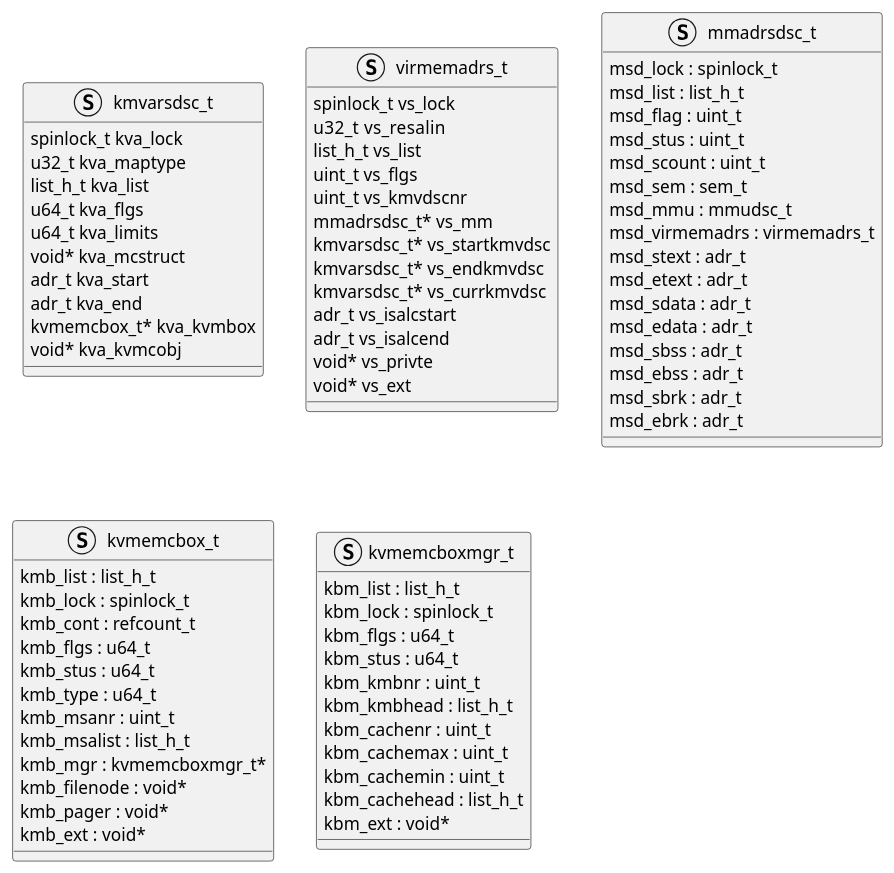
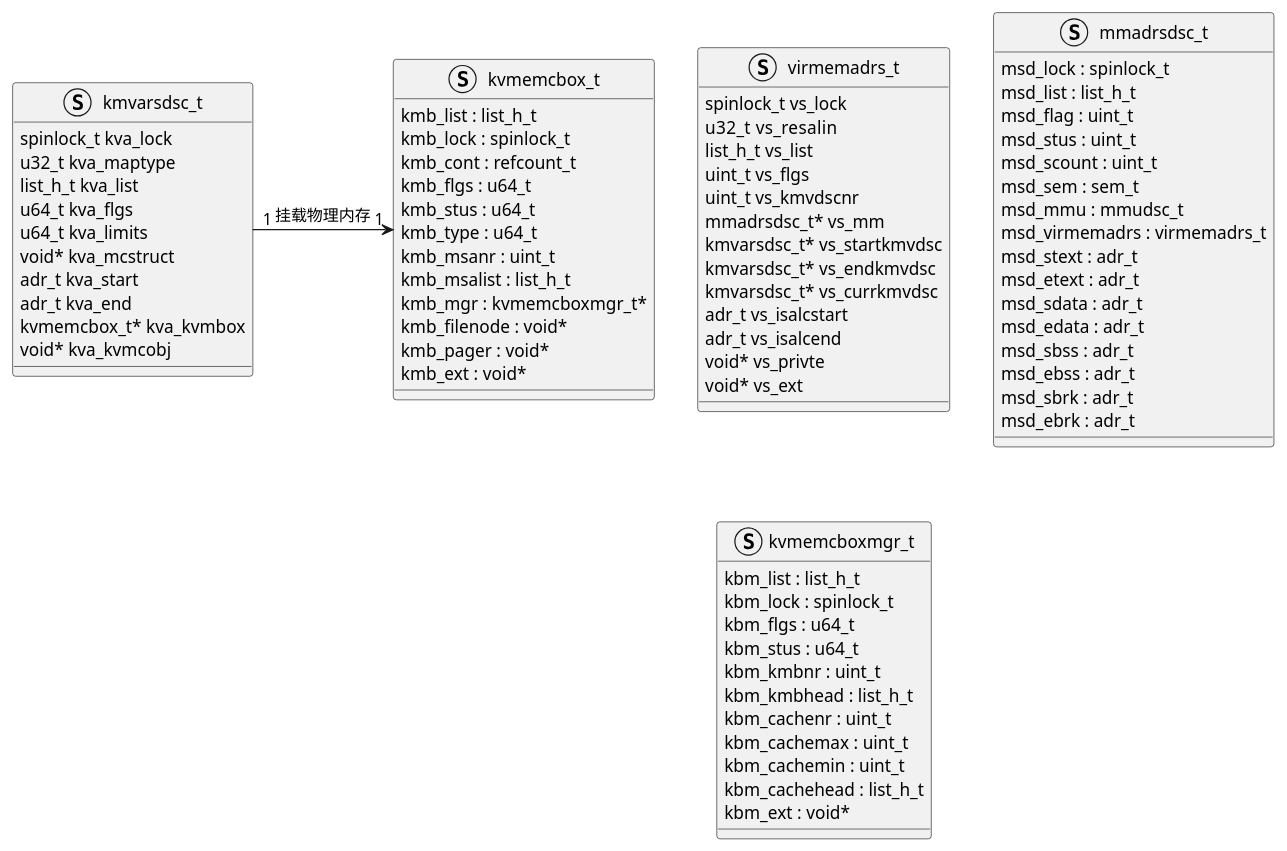
The diagram in 0.学习笔记/a04.操作系统/操作系统实战/2.内存/5.虚拟内存.md (mowang111/personal_knowledge_repository), drawn with PlantUML before and after one commit. The commit also changed 1 other file, not shown here.

Commit message:
vault backup: 2023-12-06 14:41:50

````diff
--- a/0.学习笔记/a04.操作系统/操作系统实战/2.内存/5.虚拟内存.md
+++ b/0.学习笔记/a04.操作系统/操作系统实战/2.内存/5.虚拟内存.md
@@ -7,75 +7,75 @@
 ```plantuml
 struct kmvarsdsc_t {
     spinlock_t kva_lock
     u32_t kva_maptype
     list_h_t kva_list
     u64_t kva_flgs
     u64_t kva_limits
     void* kva_mcstruct
     adr_t kva_start
     adr_t kva_end
     kvmemcbox_t* kva_kvmbox
     void* kva_kvmcobj
 }
 struct virmemadrs_t {
     spinlock_t vs_lock
     u32_t  vs_resalin
     list_h_t vs_list
     uint_t vs_flgs
     uint_t vs_kmvdscnr
     mmadrsdsc_t* vs_mm
     kmvarsdsc_t* vs_startkmvdsc
     kmvarsdsc_t* vs_endkmvdsc
     kmvarsdsc_t* vs_currkmvdsc
     adr_t vs_isalcstart
     adr_t vs_isalcend
     void* vs_privte
     void* vs_ext
 }
 struct mmadrsdsc_t {
     msd_lock : spinlock_t
     msd_list : list_h_t
     msd_flag : uint_t
     msd_stus : uint_t
     msd_scount : uint_t
     msd_sem : sem_t
     msd_mmu : mmudsc_t
     msd_virmemadrs : virmemadrs_t
     msd_stext : adr_t
     msd_etext : adr_t
     msd_sdata : adr_t
     msd_edata : adr_t
     msd_sbss : adr_t
     msd_ebss : adr_t
     msd_sbrk : adr_t
     msd_ebrk : adr_t
 }
 struct kvmemcbox_t {
     kmb_list : list_h_t
     kmb_lock : spinlock_t
     kmb_cont : refcount_t
     kmb_flgs : u64_t
     kmb_stus : u64_t
     kmb_type : u64_t
     kmb_msanr : uint_t
     kmb_msalist : list_h_t
     kmb_mgr : kvmemcboxmgr_t*
     kmb_filenode : void*
     kmb_pager : void*
     kmb_ext : void*
 }
 struct kvmemcboxmgr_t {
     kbm_list : list_h_t
     kbm_lock : spinlock_t
     kbm_flgs : u64_t
     kbm_stus : u64_t
     kbm_kmbnr : uint_t
     kbm_kmbhead : list_h_t
     kbm_cachenr : uint_t
     kbm_cachemax : uint_t
     kbm_cachemin : uint_t
     kbm_cachehead : list_h_t
     kbm_ext : void*
 }
-
+kmvarsdsc_t "1" -right-> "1" kvmemcbox_t : 挂载物理内存
 ```
````
